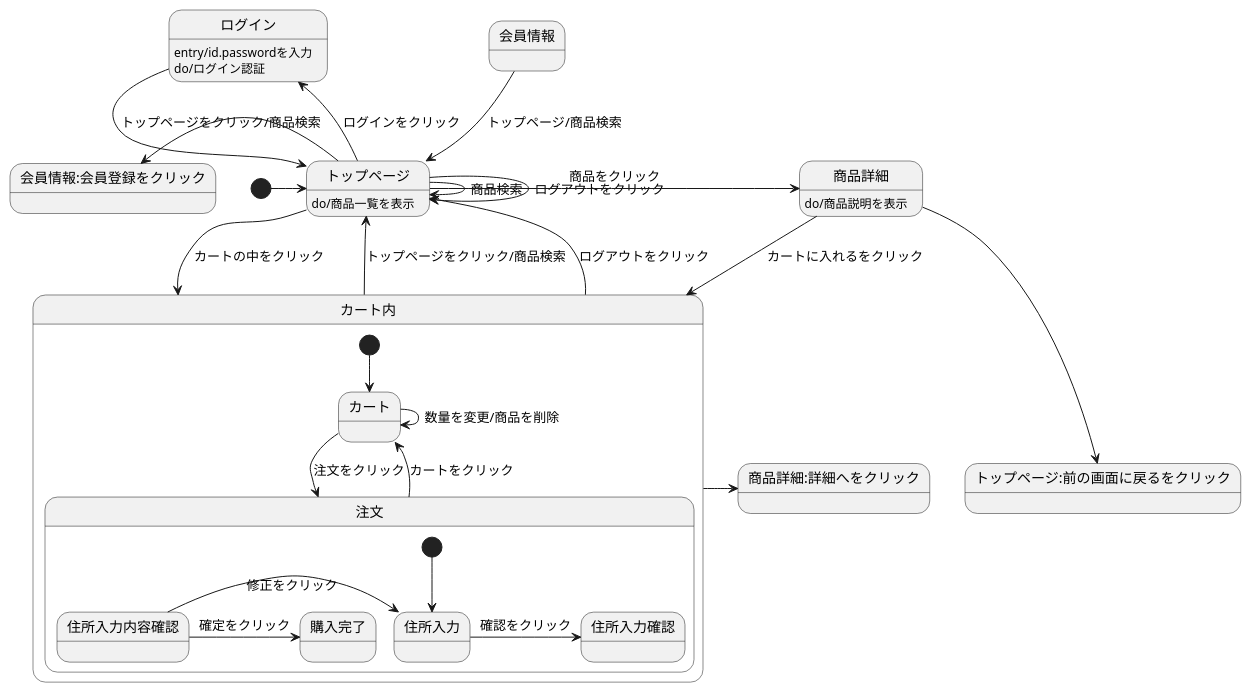
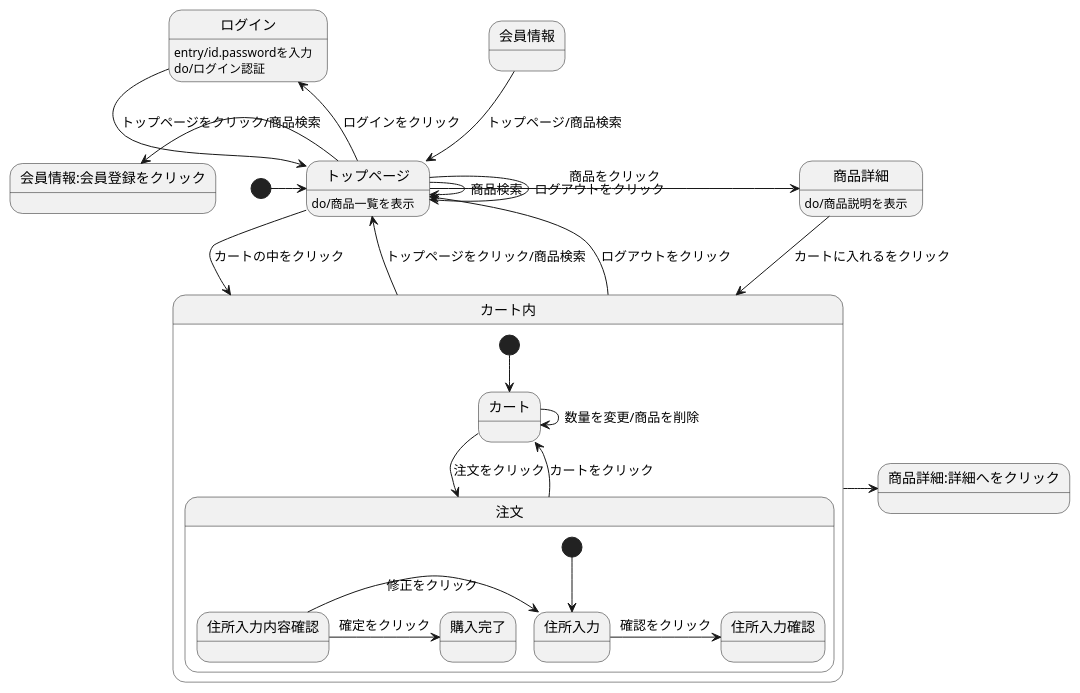
One commit to Aso2001183/2021sys-design changed the diagram in cupman.md. Above: the diagram before and after it, drawn with PlantUML.

````diff
--- a/cupman.md
+++ b/cupman.md
@@ -1,35 +1,34 @@
 ```uml
 @startuml
 [*] -> トップページ
 会員情報 --> トップページ : トップページ/商品検索
 ログイン --> トップページ : トップページをクリック/商品検索
 ログイン : entry/id.passwordを入力 
 ログイン : do/ログイン認証
 トップページ --> トップページ :ログアウトをクリック
 トップページ -> トップページ :商品検索
 トップページ -> 商品詳細 :商品をクリック
 トップページ -left-> 会員情報:会員登録をクリック 
 トップページ -left-> ログイン :ログインをクリック
 トップページ --> カート内 : カートの中をクリック
 トップページ :do/商品一覧を表示
 商品詳細 --> カート内: カートに入れるをクリック
-商品詳細 --> トップページ:前の画面に戻るをクリック
 商品詳細 :do/商品説明を表示
 カート内 -up-> トップページ: トップページをクリック/商品検索
 カート内 -up-> トップページ: ログアウトをクリック
 カート内 -> 商品詳細:詳細へをクリック
 
 state カート内{
 [*] --> カート
 カート -> 注文 : 注文をクリック
 カート -> カート : 数量を変更/商品を削除
 注文 --> カート : カートをクリック
 state 注文{
 [*] --> 住所入力
 住所入力 -> 住所入力確認 : 確認をクリック
 住所入力内容確認 -> 住所入力 : 修正をクリック
 住所入力内容確認 -> 購入完了 : 確定をクリック
     }
 }
 @enduml
 ```
````
